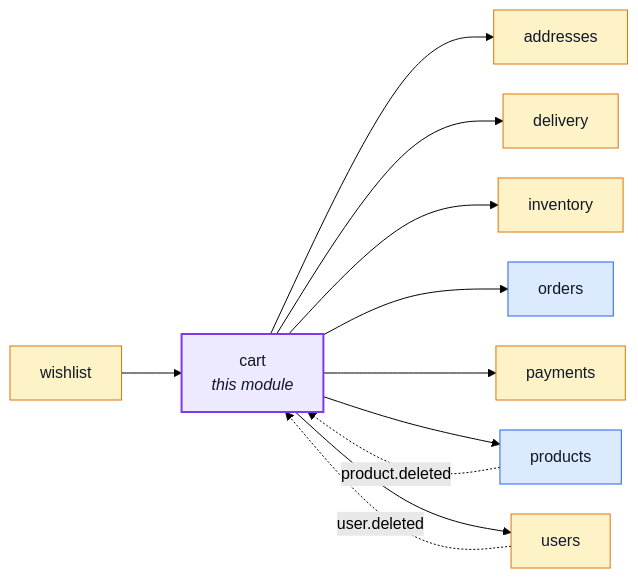
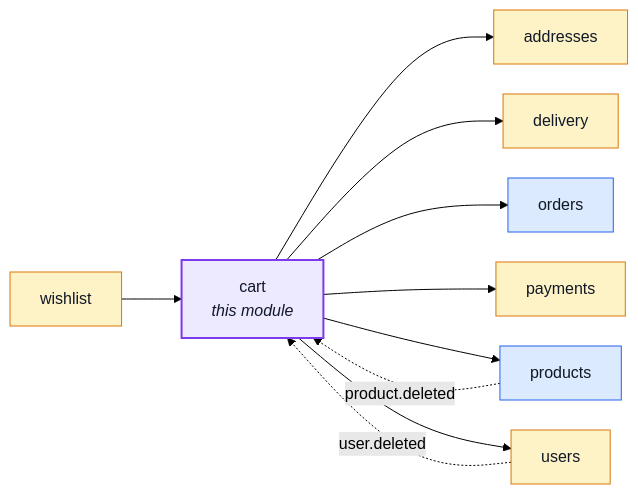
Before and after one commit to Guebbit/boilerplate-node-backend: the first of 2 diagrams in docs/modules/cart.md, drawn with Mermaid (forest theme). The commit also changed 6 other files, not shown here.

````diff
--- a/docs/modules/cart.md
+++ b/docs/modules/cart.md
@@ -16,32 +16,30 @@
 ```mermaid
 %%{init: {'flowchart': {'nodeSpacing': 30, 'rankSpacing': 60}}}%%
 flowchart LR
     cart["cart<br/><i>this module</i>"]
     addresses["addresses"]
     delivery["delivery"]
-    inventory["inventory"]
     orders["orders"]
     payments["payments"]
     products["products"]
     users["users"]
     wishlist["wishlist"]
 
     wishlist --> cart
     cart --> addresses
     cart --> delivery
-    cart --> inventory
     cart --> orders
     cart --> payments
     cart --> products
     cart --> users
     products -. "product.deleted" .-> cart
     users -. "user.deleted" .-> cart
 
     classDef core fill:#dbeafe,stroke:#2563eb,color:#111827;
     classDef supporting fill:#fef3c7,stroke:#d97706,color:#111827;
     classDef generic fill:#dcfce7,stroke:#16a34a,color:#111827;
     classDef centre fill:#ede9fe,stroke:#7c3aed,stroke-width:2px,color:#111827;
     class orders,products core;
-    class addresses,delivery,inventory,payments,users,wishlist supporting;
+    class addresses,delivery,payments,users,wishlist supporting;
     class cart centre;
 ```
````
